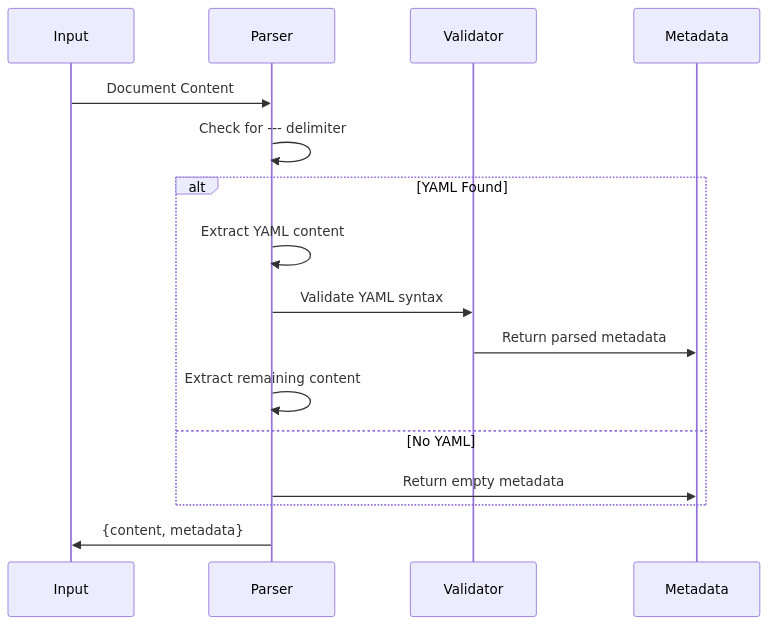
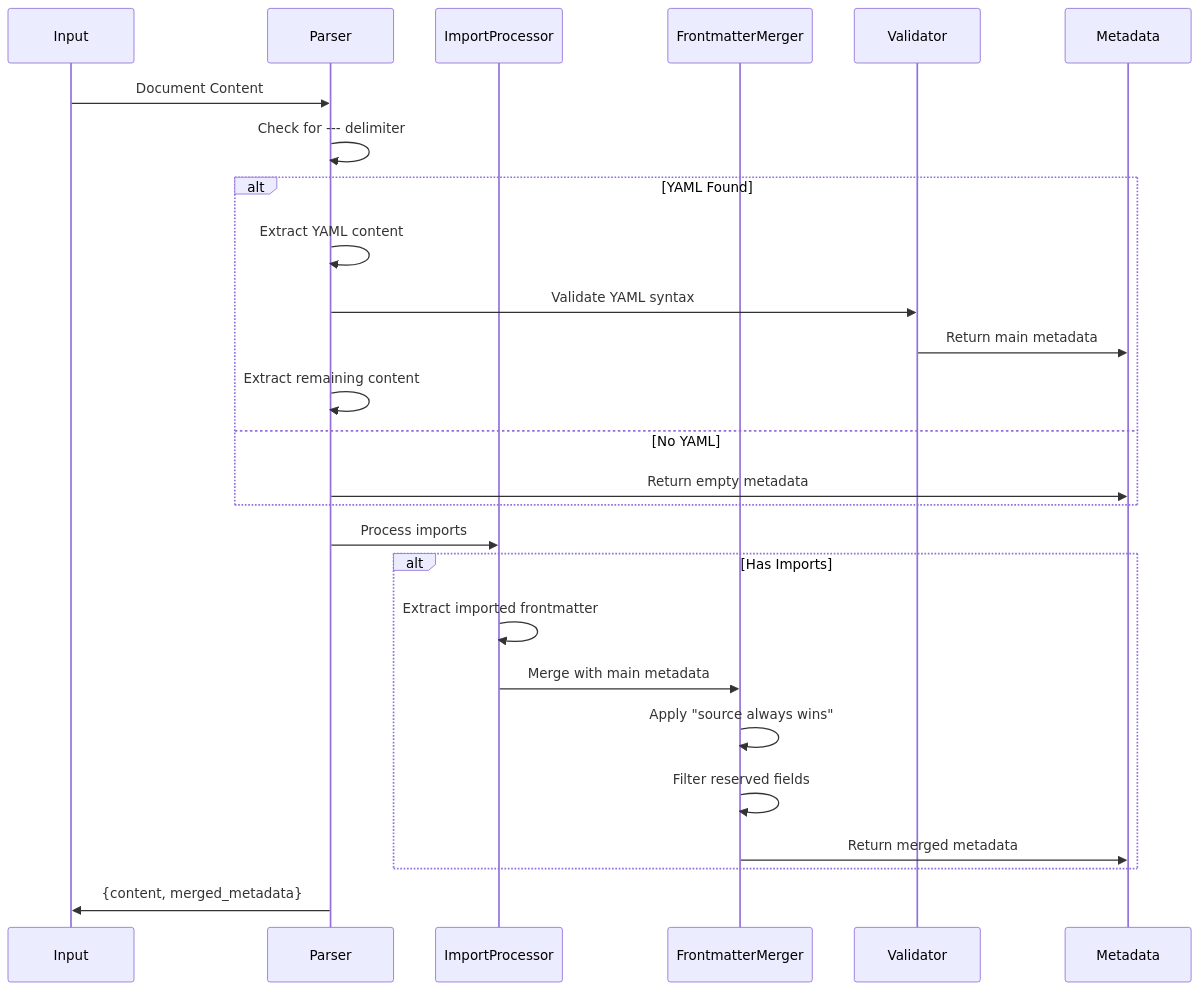
One commit to petalo/legal-markdown-js changed the fifth of 27 diagrams in docs/ARCHITECTURE.md. Above: the diagram before and after it, drawn with Mermaid. The commit also changed other lines of this file and 29 other files, not shown here.

First line of the commit message:
feat(imports): implement comprehensive frontmatter merging system

````diff
--- a/docs/ARCHITECTURE.md
+++ b/docs/ARCHITECTURE.md
@@ -286,19 +295,31 @@
 ```mermaid
 sequenceDiagram
     participant Input
     participant Parser
+    participant ImportProcessor
+    participant FrontmatterMerger
     participant Validator
     participant Metadata
 
     Input->>Parser: Document Content
     Parser->>Parser: Check for --- delimiter
     alt YAML Found
         Parser->>Parser: Extract YAML content
         Parser->>Validator: Validate YAML syntax
-        Validator->>Metadata: Return parsed metadata
+        Validator->>Metadata: Return main metadata
         Parser->>Parser: Extract remaining content
     else No YAML
         Parser->>Metadata: Return empty metadata
     end
-    Parser->>Input: {content, metadata}
+
+    Parser->>ImportProcessor: Process imports
+    alt Has Imports
+        ImportProcessor->>ImportProcessor: Extract imported frontmatter
+        ImportProcessor->>FrontmatterMerger: Merge with main metadata
+        FrontmatterMerger->>FrontmatterMerger: Apply "source always wins"
+        FrontmatterMerger->>FrontmatterMerger: Filter reserved fields
+        FrontmatterMerger->>Metadata: Return merged metadata
+    end
+
+    Parser->>Input: {content, merged_metadata}
 ```
````
